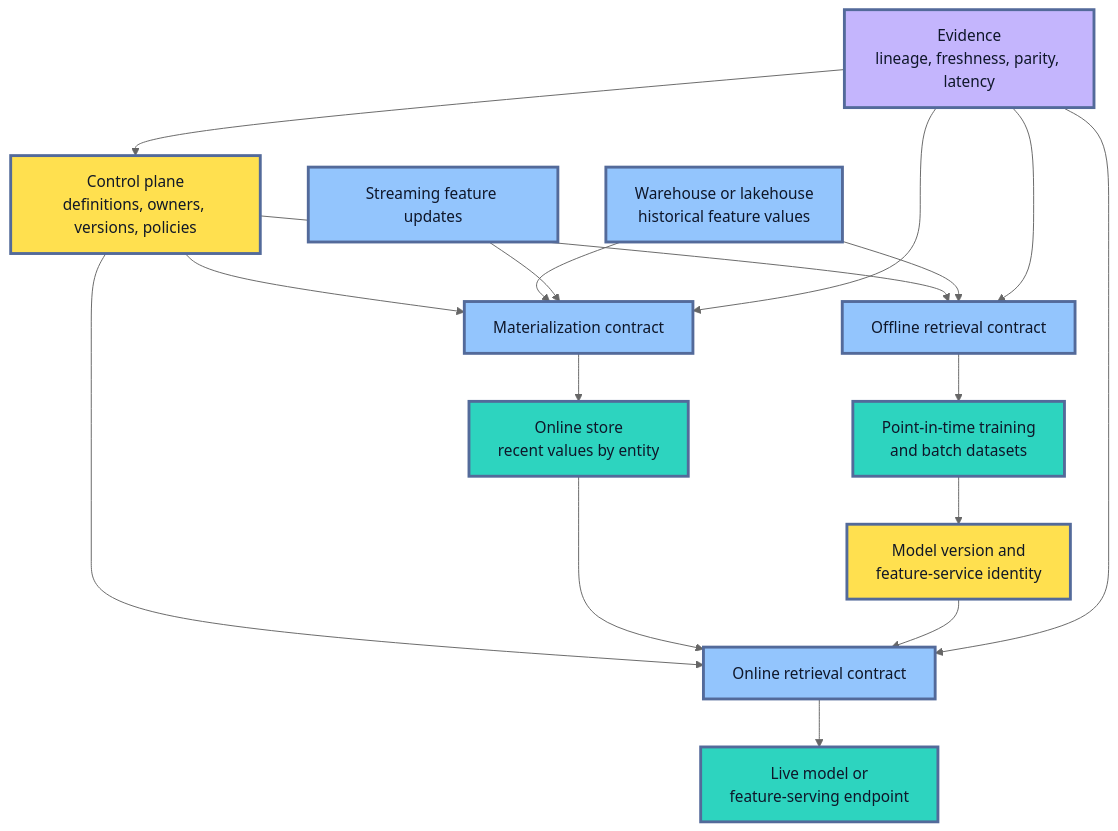
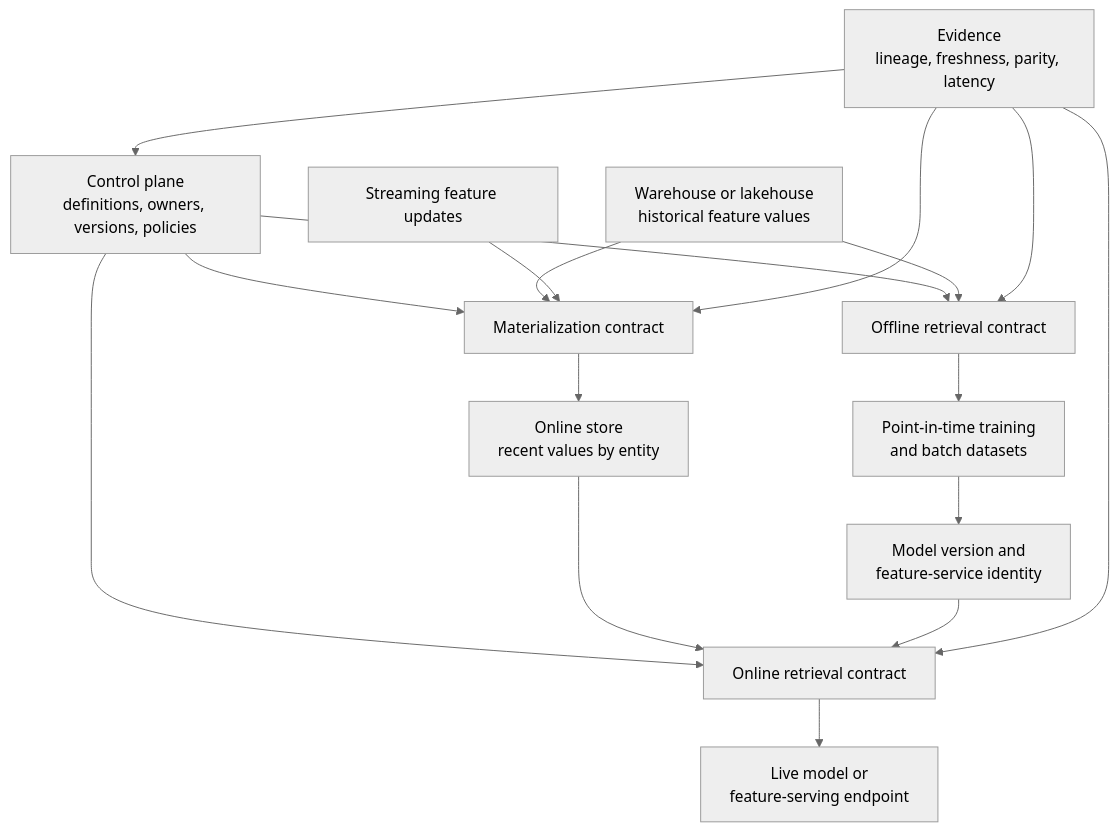
One commit to senlinyy/dev-roadmaps changed the first of 5 diagrams in roadmaps/mlops/modules/data-for-ml-systems/feature-management/04-feature-stores-explained.md. Above: the diagram before and after it, drawn with Mermaid (neutral theme). The commit also changed other lines of this file and 152 other files, not shown here.

Commit message:
feat: mlops and diagrams updated

````diff
--- a/roadmaps/mlops/modules/data-for-ml-systems/feature-management/04-feature-stores-explained.md
+++ b/roadmaps/mlops/modules/data-for-ml-systems/feature-management/04-feature-stores-explained.md
@@ -55,28 +55,24 @@
 ```mermaid
 flowchart TD
     A["Control plane<br/>definitions, owners, versions, policies"] --> B["Offline retrieval contract"]
     A --> C["Materialization contract"]
     A --> D["Online retrieval contract"]
     E["Warehouse or lakehouse<br/>historical feature values"] --> B
     B --> F["Point-in-time training<br/>and batch datasets"]
     E --> C
     G["Streaming feature updates"] --> C
     C --> H["Online store<br/>recent values by entity"]
     H --> D
     D --> I["Live model or<br/>feature-serving endpoint"]
     F --> J["Model version and<br/>feature-service identity"]
     J --> D
     K["Evidence<br/>lineage, freshness, parity, latency"] --> A
     K --> B
     K --> C
     K --> D
 
-    classDef control fill:#FFE04F,stroke:#536A9A,stroke-width:3px,color:#111827
-    classDef data fill:#93C5FD,stroke:#536A9A,stroke-width:3px,color:#0F172A
-    classDef serve fill:#2DD4BF,stroke:#536A9A,stroke-width:3px,color:#0F172A
-    classDef evidence fill:#C4B5FD,stroke:#536A9A,stroke-width:3px,color:#0F172A
     class A,J control
     class B,C,D,E,G data
     class F,H,I serve
     class K evidence
 ```
````
